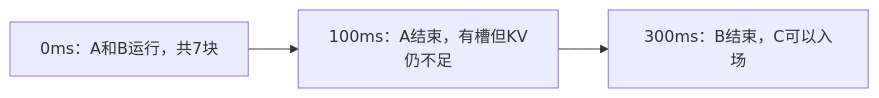
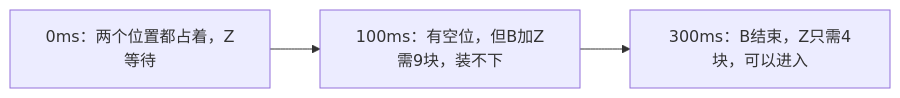
One commit to emprorsky/vllm_xxy changed diagram 18 of 33 in Documents_xxy/20261019最终面试向理解文档.md. Above: the diagram before and after it, drawn with Mermaid. The commit also changed other lines of this file, not shown here.

````diff
--- a/Documents_xxy/20261019最终面试向理解文档.md
+++ b/Documents_xxy/20261019最终面试向理解文档.md
@@ -664,5 +828,5 @@
 ```mermaid
 flowchart LR
-    T0["0ms：A和B运行，共7块"] --> T1["100ms：A结束，有槽但KV仍不足"]
-    T1 --> T2["300ms：B结束，C可以入场"]
+    A["0ms：两个位置都占着，Z等待"] --> B["100ms：有空位，但B加Z需9块，装不下"]
+    B --> C["300ms：B结束，Z只需4块，可以进入"]
 ```
````
